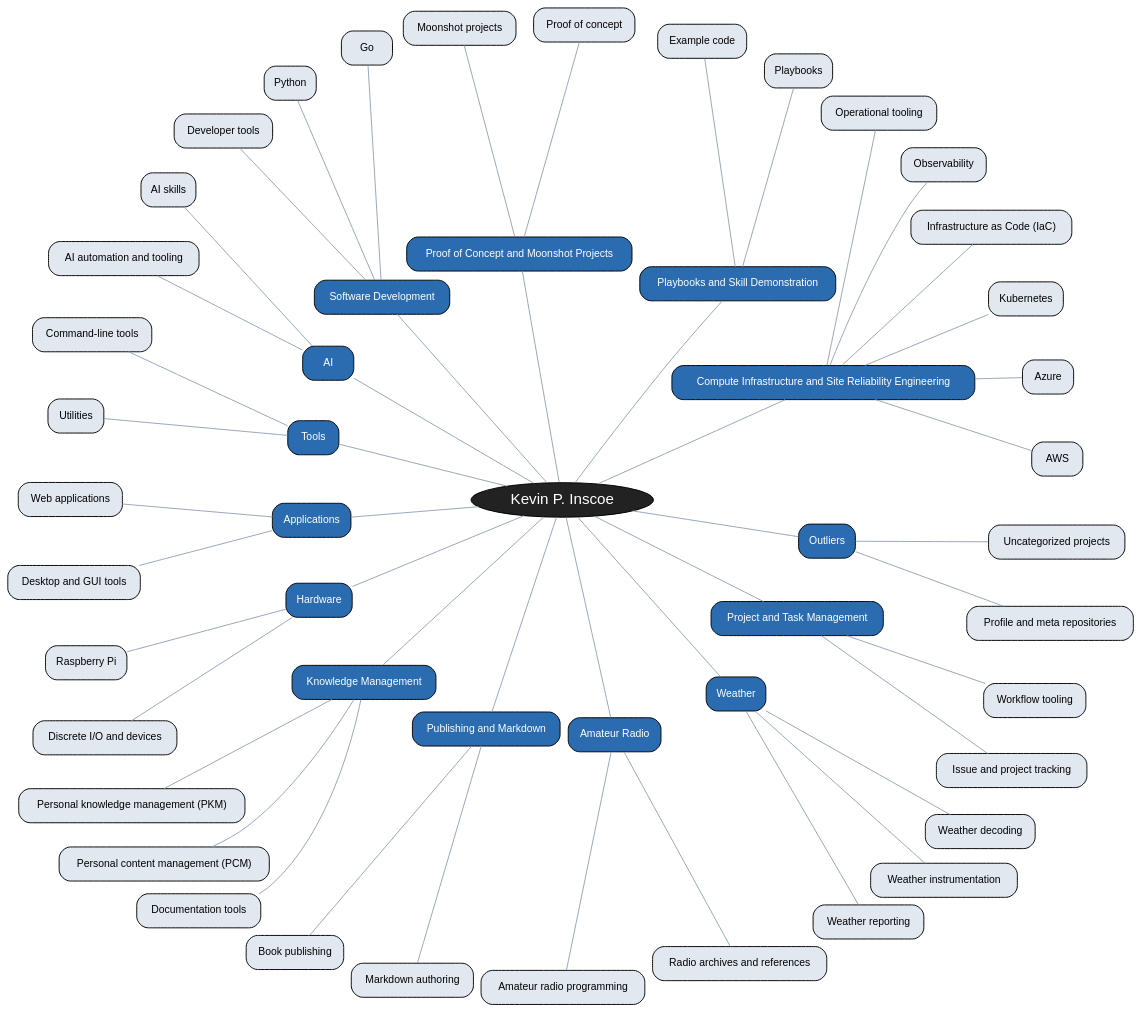
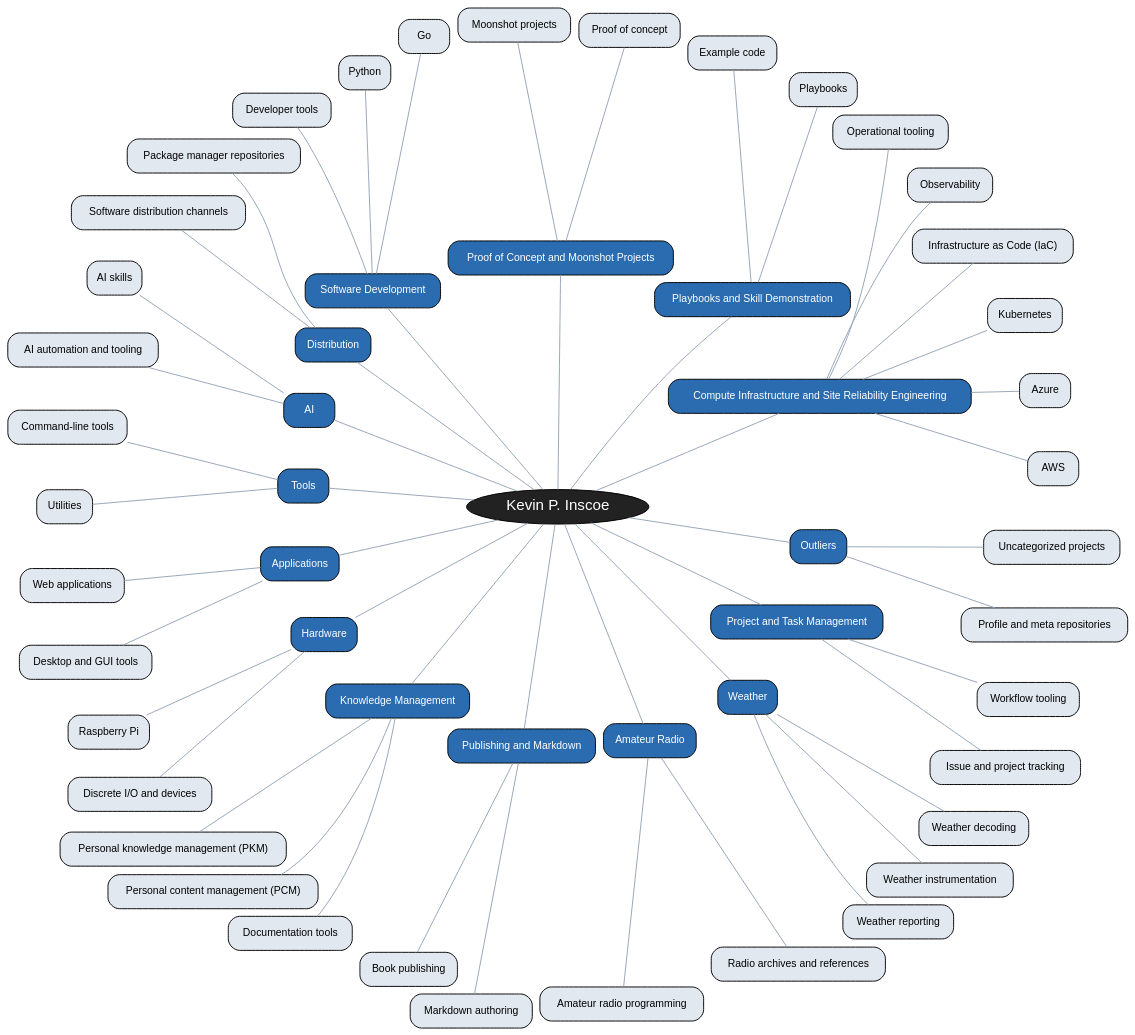
Before and after one commit to kevinpinscoe/kevinpinscoe: the diagram in assets/knowledge-map.dot, drawn with Graphviz. The commit also changed 3 other files, not shown here.

First line of the commit message:
Add Distribution category for package-manager repos

```diff
--- a/assets/knowledge-map.dot
+++ b/assets/knowledge-map.dot
@@ -1,109 +1,115 @@
 // Generated by scripts/generate-readme.py — edit profile.yml, not this file.
 graph knowledge_map {
     layout=twopi;
     overlap=false;
     splines=true;
     ranksep=2.2;
     bgcolor="transparent";
     node [shape=box style="rounded,filled" fontname="Helvetica" fontsize=11];
     edge [color="#94a3b8"];
     root [label="Kevin P. Inscoe" shape=ellipse fillcolor="#222222" fontcolor="white" fontsize=16];
     c0 [label="Compute Infrastructure and Site Reliability Engineering" fillcolor="#2b6cb0" fontcolor="white"];
     root -- c0;
     c0s0 [label="AWS" fillcolor="#e2e8f0"];
     c0 -- c0s0;
     c0s1 [label="Azure" fillcolor="#e2e8f0"];
     c0 -- c0s1;
     c0s2 [label="Kubernetes" fillcolor="#e2e8f0"];
     c0 -- c0s2;
     c0s3 [label="Infrastructure as Code (IaC)" fillcolor="#e2e8f0"];
     c0 -- c0s3;
     c0s4 [label="Observability" fillcolor="#e2e8f0"];
     c0 -- c0s4;
     c0s5 [label="Operational tooling" fillcolor="#e2e8f0"];
     c0 -- c0s5;
     c1 [label="Playbooks and Skill Demonstration" fillcolor="#2b6cb0" fontcolor="white"];
     root -- c1;
     c1s0 [label="Playbooks" fillcolor="#e2e8f0"];
     c1 -- c1s0;
     c1s1 [label="Example code" fillcolor="#e2e8f0"];
     c1 -- c1s1;
     c2 [label="Proof of Concept and Moonshot Projects" fillcolor="#2b6cb0" fontcolor="white"];
     root -- c2;
     c2s0 [label="Proof of concept" fillcolor="#e2e8f0"];
     c2 -- c2s0;
     c2s1 [label="Moonshot projects" fillcolor="#e2e8f0"];
     c2 -- c2s1;
     c3 [label="Software Development" fillcolor="#2b6cb0" fontcolor="white"];
     root -- c3;
     c3s0 [label="Go" fillcolor="#e2e8f0"];
     c3 -- c3s0;
     c3s1 [label="Python" fillcolor="#e2e8f0"];
     c3 -- c3s1;
     c3s2 [label="Developer tools" fillcolor="#e2e8f0"];
     c3 -- c3s2;
-    c4 [label="AI" fillcolor="#2b6cb0" fontcolor="white"];
+    c4 [label="Distribution" fillcolor="#2b6cb0" fontcolor="white"];
     root -- c4;
-    c4s0 [label="AI skills" fillcolor="#e2e8f0"];
+    c4s0 [label="Package manager repositories" fillcolor="#e2e8f0"];
     c4 -- c4s0;
-    c4s1 [label="AI automation and tooling" fillcolor="#e2e8f0"];
+    c4s1 [label="Software distribution channels" fillcolor="#e2e8f0"];
     c4 -- c4s1;
-    c5 [label="Tools" fillcolor="#2b6cb0" fontcolor="white"];
+    c5 [label="AI" fillcolor="#2b6cb0" fontcolor="white"];
     root -- c5;
-    c5s0 [label="Command-line tools" fillcolor="#e2e8f0"];
+    c5s0 [label="AI skills" fillcolor="#e2e8f0"];
     c5 -- c5s0;
-    c5s1 [label="Utilities" fillcolor="#e2e8f0"];
+    c5s1 [label="AI automation and tooling" fillcolor="#e2e8f0"];
     c5 -- c5s1;
-    c6 [label="Applications" fillcolor="#2b6cb0" fontcolor="white"];
+    c6 [label="Tools" fillcolor="#2b6cb0" fontcolor="white"];
     root -- c6;
-    c6s0 [label="Web applications" fillcolor="#e2e8f0"];
+    c6s0 [label="Command-line tools" fillcolor="#e2e8f0"];
     c6 -- c6s0;
-    c6s1 [label="Desktop and GUI tools" fillcolor="#e2e8f0"];
+    c6s1 [label="Utilities" fillcolor="#e2e8f0"];
     c6 -- c6s1;
-    c7 [label="Hardware" fillcolor="#2b6cb0" fontcolor="white"];
+    c7 [label="Applications" fillcolor="#2b6cb0" fontcolor="white"];
     root -- c7;
-    c7s0 [label="Raspberry Pi" fillcolor="#e2e8f0"];
+    c7s0 [label="Web applications" fillcolor="#e2e8f0"];
     c7 -- c7s0;
-    c7s1 [label="Discrete I/O and devices" fillcolor="#e2e8f0"];
+    c7s1 [label="Desktop and GUI tools" fillcolor="#e2e8f0"];
     c7 -- c7s1;
-    c8 [label="Knowledge Management" fillcolor="#2b6cb0" fontcolor="white"];
+    c8 [label="Hardware" fillcolor="#2b6cb0" fontcolor="white"];
     root -- c8;
-    c8s0 [label="Personal knowledge management (PKM)" fillcolor="#e2e8f0"];
+    c8s0 [label="Raspberry Pi" fillcolor="#e2e8f0"];
     c8 -- c8s0;
-    c8s1 [label="Personal content management (PCM)" fillcolor="#e2e8f0"];
+    c8s1 [label="Discrete I/O and devices" fillcolor="#e2e8f0"];
     c8 -- c8s1;
-    c8s2 [label="Documentation tools" fillcolor="#e2e8f0"];
-    c8 -- c8s2;
-    c9 [label="Publishing and Markdown" fillcolor="#2b6cb0" fontcolor="white"];
+    c9 [label="Knowledge Management" fillcolor="#2b6cb0" fontcolor="white"];
     root -- c9;
-    c9s0 [label="Book publishing" fillcolor="#e2e8f0"];
+    c9s0 [label="Personal knowledge management (PKM)" fillcolor="#e2e8f0"];
     c9 -- c9s0;
-    c9s1 [label="Markdown authoring" fillcolor="#e2e8f0"];
+    c9s1 [label="Personal content management (PCM)" fillcolor="#e2e8f0"];
     c9 -- c9s1;
-    c10 [label="Amateur Radio" fillcolor="#2b6cb0" fontcolor="white"];
+    c9s2 [label="Documentation tools" fillcolor="#e2e8f0"];
+    c9 -- c9s2;
+    c10 [label="Publishing and Markdown" fillcolor="#2b6cb0" fontcolor="white"];
     root -- c10;
-    c10s0 [label="Amateur radio programming" fillcolor="#e2e8f0"];
+    c10s0 [label="Book publishing" fillcolor="#e2e8f0"];
     c10 -- c10s0;
-    c10s1 [label="Radio archives and references" fillcolor="#e2e8f0"];
+    c10s1 [label="Markdown authoring" fillcolor="#e2e8f0"];
     c10 -- c10s1;
-    c11 [label="Weather" fillcolor="#2b6cb0" fontcolor="white"];
+    c11 [label="Amateur Radio" fillcolor="#2b6cb0" fontcolor="white"];
     root -- c11;
-    c11s0 [label="Weather reporting" fillcolor="#e2e8f0"];
+    c11s0 [label="Amateur radio programming" fillcolor="#e2e8f0"];
     c11 -- c11s0;
-    c11s1 [label="Weather instrumentation" fillcolor="#e2e8f0"];
+    c11s1 [label="Radio archives and references" fillcolor="#e2e8f0"];
     c11 -- c11s1;
-    c11s2 [label="Weather decoding" fillcolor="#e2e8f0"];
-    c11 -- c11s2;
-    c12 [label="Project and Task Management" fillcolor="#2b6cb0" fontcolor="white"];
+    c12 [label="Weather" fillcolor="#2b6cb0" fontcolor="white"];
     root -- c12;
-    c12s0 [label="Issue and project tracking" fillcolor="#e2e8f0"];
+    c12s0 [label="Weather reporting" fillcolor="#e2e8f0"];
     c12 -- c12s0;
-    c12s1 [label="Workflow tooling" fillcolor="#e2e8f0"];
+    c12s1 [label="Weather instrumentation" fillcolor="#e2e8f0"];
     c12 -- c12s1;
-    c13 [label="Outliers" fillcolor="#2b6cb0" fontcolor="white"];
+    c12s2 [label="Weather decoding" fillcolor="#e2e8f0"];
+    c12 -- c12s2;
+    c13 [label="Project and Task Management" fillcolor="#2b6cb0" fontcolor="white"];
     root -- c13;
-    c13s0 [label="Profile and meta repositories" fillcolor="#e2e8f0"];
+    c13s0 [label="Issue and project tracking" fillcolor="#e2e8f0"];
     c13 -- c13s0;
-    c13s1 [label="Uncategorized projects" fillcolor="#e2e8f0"];
+    c13s1 [label="Workflow tooling" fillcolor="#e2e8f0"];
     c13 -- c13s1;
+    c14 [label="Outliers" fillcolor="#2b6cb0" fontcolor="white"];
+    root -- c14;
+    c14s0 [label="Profile and meta repositories" fillcolor="#e2e8f0"];
+    c14 -- c14s0;
+    c14s1 [label="Uncategorized projects" fillcolor="#e2e8f0"];
+    c14 -- c14s1;
 }
```
